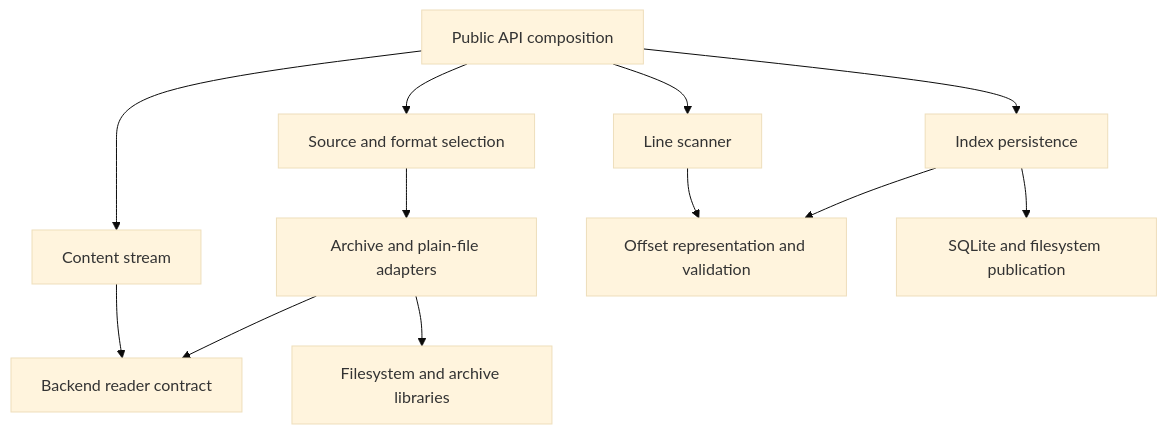
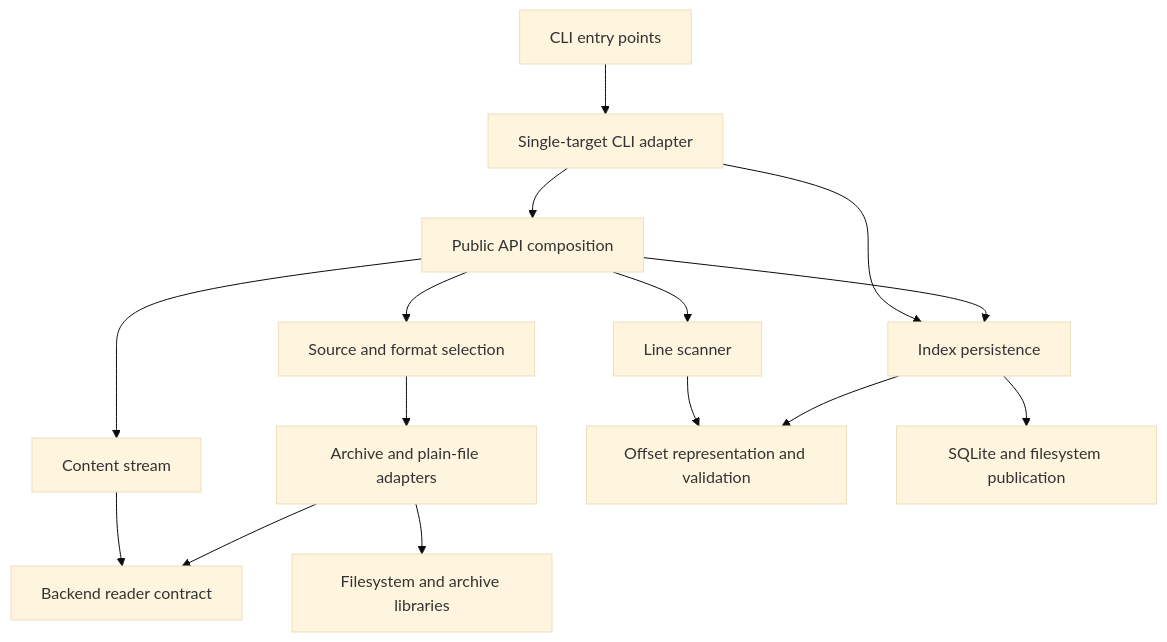
One commit to pchemguy/Archive-Line-Index changed the diagram in docs/dev/ARCHITECTURE.md. Above: the diagram before and after it, drawn with Mermaid (base theme). The commit also changed other lines of this file and 11 other files, not shown here.

First line of the commit message:
[DOCS-005] Include an importable single-target CLI with paired indexes

````diff
--- a/docs/dev/ARCHITECTURE.md
+++ b/docs/dev/ARCHITECTURE.md
@@ -11,14 +11,17 @@
 ```mermaid
 flowchart TD
-    API["Public API composition"] --> Stream["Content stream"]
+    Entry["CLI entry points"] --> CLI["Single-target CLI adapter"]
+    CLI --> API["Public API composition"]
+    CLI --> Store["Index persistence"]
+    API --> Stream["Content stream"]
     API --> Scanner["Line scanner"]
-    API --> Store["Index persistence"]
+    API --> Store
     API --> Selection["Source and format selection"]
     Selection --> Backends["Archive and plain-file adapters"]
     Stream --> Reader["Backend reader contract"]
     Backends --> Reader
     Scanner --> Offsets["Offset representation and validation"]
     Store --> Offsets
     Backends --> Libraries["Filesystem and archive libraries"]
     Store --> Files["SQLite and filesystem publication"]
 ```
````
